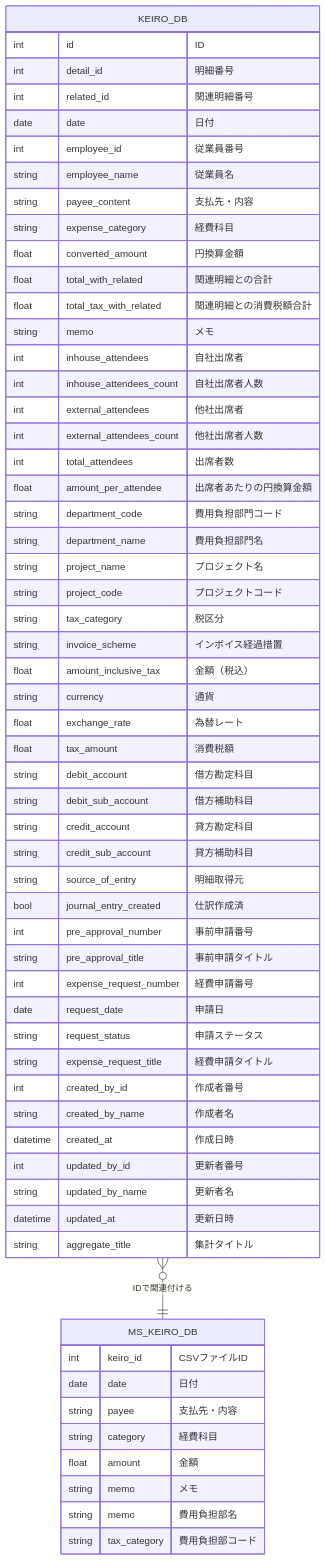
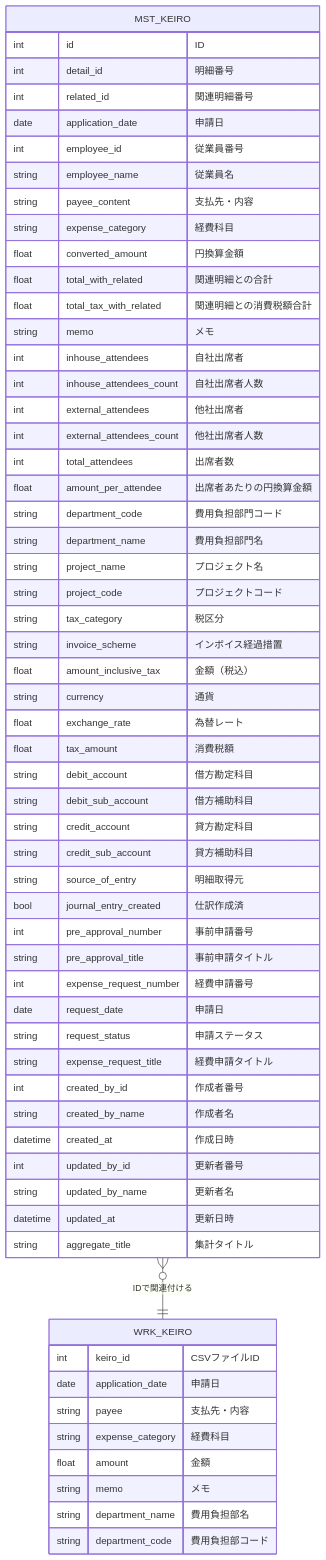
Before and after one commit to brain-yuhei/CsvCreateTool: the seventh of 7 diagrams in AttrMF/document/CreateKeiro.md, drawn with Mermaid. The commit also changed other lines of this file and 10 other files, not shown here.

````diff
--- a/AttrMF/document/CreateKeiro.md
+++ b/AttrMF/document/CreateKeiro.md
@@ -206,67 +361,67 @@
 ```mermaid
 erDiagram
 
-    KEIRO_DB }o--|| MS_KEIRO_DB : "IDで関連付ける"
+    MST_KEIRO }o--|| WRK_KEIRO : "IDで関連付ける"
 
-    KEIRO_DB {
+    MST_KEIRO {
         int id "ID"
         int detail_id "明細番号"
         int related_id "関連明細番号"
-        date date "日付"
+        date application_date "申請日"
         int employee_id "従業員番号"
         string employee_name "従業員名"
         string payee_content "支払先・内容"
         string expense_category "経費科目"
         float converted_amount "円換算金額"
         float total_with_related "関連明細との合計"
         float total_tax_with_related "関連明細との消費税額合計"
         string memo "メモ"
         int inhouse_attendees "自社出席者"
         int inhouse_attendees_count "自社出席者人数"
         int external_attendees "他社出席者"
         int external_attendees_count "他社出席者人数"
         int total_attendees "出席者数"
         float amount_per_attendee "出席者あたりの円換算金額"
         string department_code "費用負担部門コード"
         string department_name "費用負担部門名"
         string project_name "プロジェクト名"
         string project_code "プロジェクトコード"
         string tax_category "税区分"
         string invoice_scheme "インボイス経過措置"
         float amount_inclusive_tax "金額（税込）"
         string currency "通貨"
         float exchange_rate "為替レート"
         float tax_amount "消費税額"
         string debit_account "借方勘定科目"
         string debit_sub_account "借方補助科目"
         string credit_account "貸方勘定科目"
         string credit_sub_account "貸方補助科目"
         string source_of_entry "明細取得元"
         bool journal_entry_created "仕訳作成済"
         int pre_approval_number "事前申請番号"
         string pre_approval_title "事前申請タイトル"
         int expense_request_number "経費申請番号"
         date request_date "申請日"
         string request_status "申請ステータス"
         string expense_request_title "経費申請タイトル"
         int created_by_id "作成者番号"
         string created_by_name "作成者名"
         datetime created_at "作成日時"
         int updated_by_id "更新者番号"
         string updated_by_name "更新者名"
         datetime updated_at "更新日時"
         string aggregate_title "集計タイトル"
     }
 
-    MS_KEIRO_DB {
+    WRK_KEIRO {
         int keiro_id "CSVファイルID"
-        date date "日付"
+        date application_date "申請日"
         string payee "支払先・内容"
-        string category "経費科目"
+        string expense_category "経費科目"
         float amount "金額"
         string memo "メモ"
-        string memo "費用負担部名"
-        string tax_category "費用負担部コード"
+        string department_name "費用負担部名"
+        string department_code "費用負担部コード"
     }
 
 ```
````
